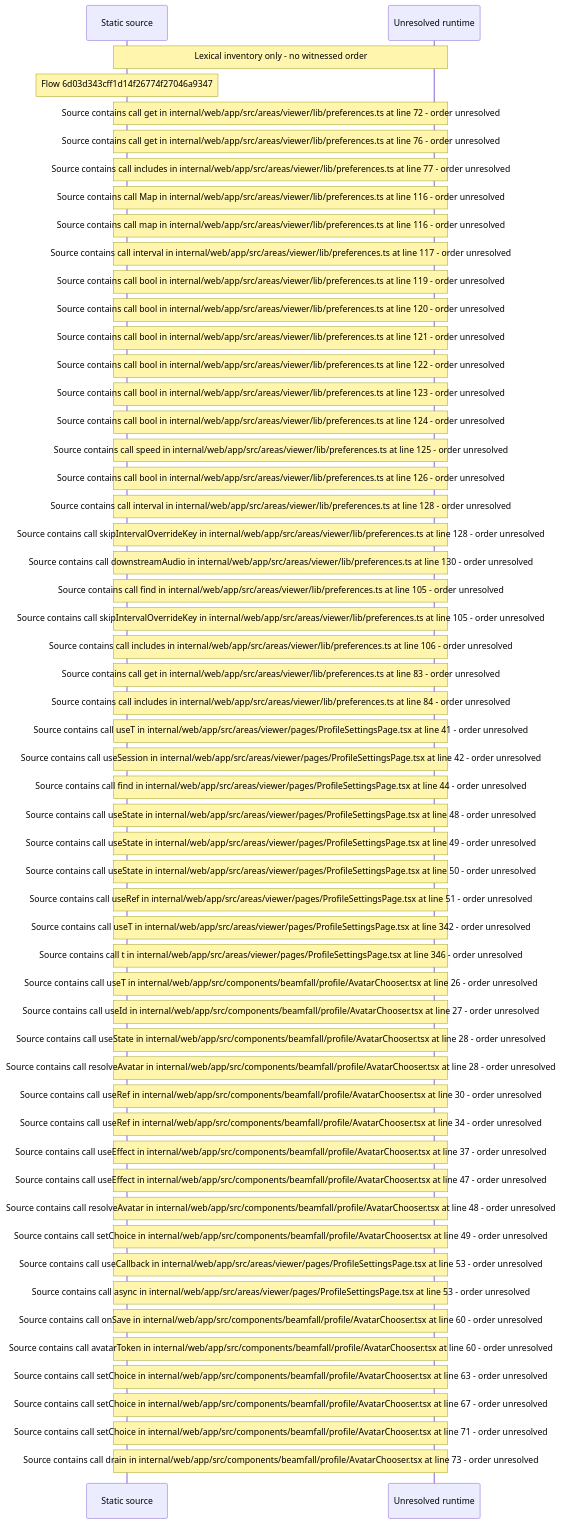
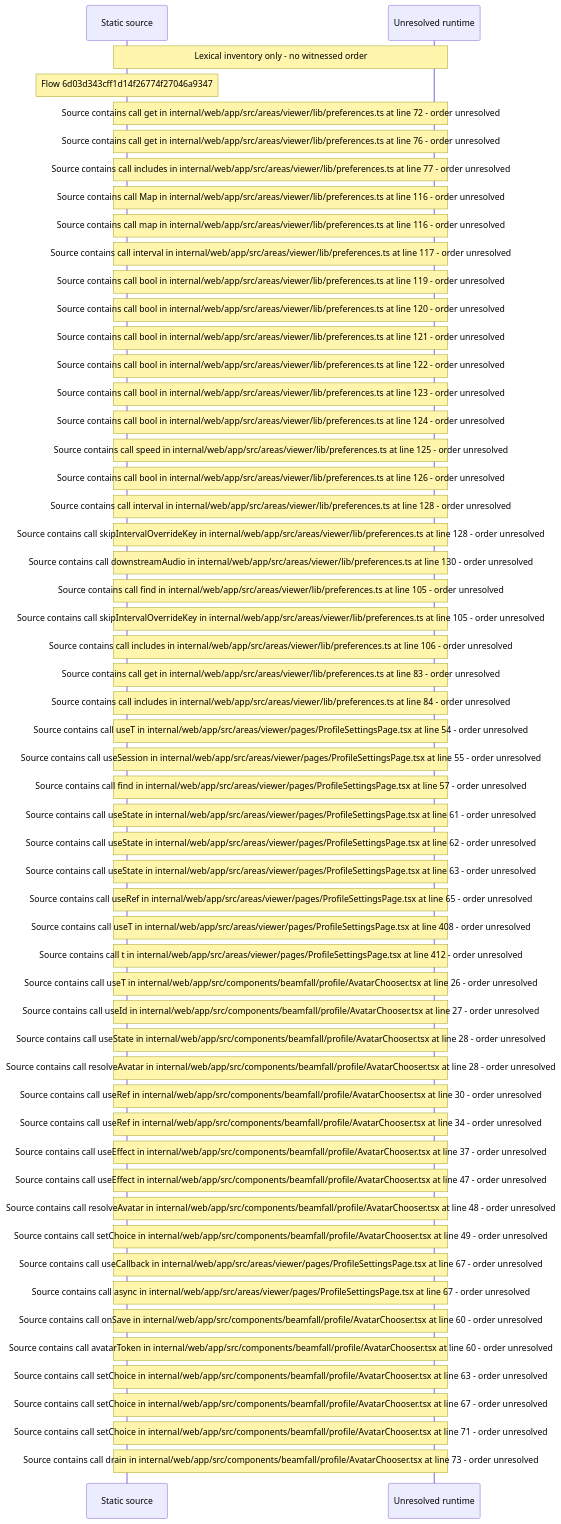
Before and after one commit to beamfall/core: the diagram in docs/web/flows/generated/6d03d343cff1d14f26774f27046a9347/flow-diagram.md, drawn with Mermaid. The commit also changed other lines of this file and 715 other files, not shown here.

First line of the commit message:
Regenerate the web flow record on main after CORE-1117

````diff
--- a/docs/web/flows/generated/6d03d343cff1d14f26774f27046a9347/flow-diagram.md
+++ b/docs/web/flows/generated/6d03d343cff1d14f26774f27046a9347/flow-diagram.md
@@ -10,56 +10,56 @@
 ```mermaid
 sequenceDiagram
     participant S as Static source
     participant U as Unresolved runtime
     Note over S,U: Lexical inventory only - no witnessed order
     Note over S: Flow 6d03d343cff1d14f26774f27046a9347
     Note over S,U: Source contains call get in internal/web/app/src/areas/viewer/lib/preferences.ts at line 72 - order unresolved
     Note over S,U: Source contains call get in internal/web/app/src/areas/viewer/lib/preferences.ts at line 76 - order unresolved
     Note over S,U: Source contains call includes in internal/web/app/src/areas/viewer/lib/preferences.ts at line 77 - order unresolved
     Note over S,U: Source contains call Map in internal/web/app/src/areas/viewer/lib/preferences.ts at line 116 - order unresolved
     Note over S,U: Source contains call map in internal/web/app/src/areas/viewer/lib/preferences.ts at line 116 - order unresolved
     Note over S,U: Source contains call interval in internal/web/app/src/areas/viewer/lib/preferences.ts at line 117 - order unresolved
     Note over S,U: Source contains call bool in internal/web/app/src/areas/viewer/lib/preferences.ts at line 119 - order unresolved
     Note over S,U: Source contains call bool in internal/web/app/src/areas/viewer/lib/preferences.ts at line 120 - order unresolved
     Note over S,U: Source contains call bool in internal/web/app/src/areas/viewer/lib/preferences.ts at line 121 - order unresolved
     Note over S,U: Source contains call bool in internal/web/app/src/areas/viewer/lib/preferences.ts at line 122 - order unresolved
     Note over S,U: Source contains call bool in internal/web/app/src/areas/viewer/lib/preferences.ts at line 123 - order unresolved
     Note over S,U: Source contains call bool in internal/web/app/src/areas/viewer/lib/preferences.ts at line 124 - order unresolved
     Note over S,U: Source contains call speed in internal/web/app/src/areas/viewer/lib/preferences.ts at line 125 - order unresolved
     Note over S,U: Source contains call bool in internal/web/app/src/areas/viewer/lib/preferences.ts at line 126 - order unresolved
     Note over S,U: Source contains call interval in internal/web/app/src/areas/viewer/lib/preferences.ts at line 128 - order unresolved
     Note over S,U: Source contains call skipIntervalOverrideKey in internal/web/app/src/areas/viewer/lib/preferences.ts at line 128 - order unresolved
     Note over S,U: Source contains call downstreamAudio in internal/web/app/src/areas/viewer/lib/preferences.ts at line 130 - order unresolved
     Note over S,U: Source contains call find in internal/web/app/src/areas/viewer/lib/preferences.ts at line 105 - order unresolved
     Note over S,U: Source contains call skipIntervalOverrideKey in internal/web/app/src/areas/viewer/lib/preferences.ts at line 105 - order unresolved
     Note over S,U: Source contains call includes in internal/web/app/src/areas/viewer/lib/preferences.ts at line 106 - order unresolved
     Note over S,U: Source contains call get in internal/web/app/src/areas/viewer/lib/preferences.ts at line 83 - order unresolved
     Note over S,U: Source contains call includes in internal/web/app/src/areas/viewer/lib/preferences.ts at line 84 - order unresolved
-    Note over S,U: Source contains call useT in internal/web/app/src/areas/viewer/pages/ProfileSettingsPage.tsx at line 41 - order unresolved
-    Note over S,U: Source contains call useSession in internal/web/app/src/areas/viewer/pages/ProfileSettingsPage.tsx at line 42 - order unresolved
-    Note over S,U: Source contains call find in internal/web/app/src/areas/viewer/pages/ProfileSettingsPage.tsx at line 44 - order unresolved
-    Note over S,U: Source contains call useState in internal/web/app/src/areas/viewer/pages/ProfileSettingsPage.tsx at line 48 - order unresolved
-    Note over S,U: Source contains call useState in internal/web/app/src/areas/viewer/pages/ProfileSettingsPage.tsx at line 49 - order unresolved
-    Note over S,U: Source contains call useState in internal/web/app/src/areas/viewer/pages/ProfileSettingsPage.tsx at line 50 - order unresolved
-    Note over S,U: Source contains call useRef in internal/web/app/src/areas/viewer/pages/ProfileSettingsPage.tsx at line 51 - order unresolved
-    Note over S,U: Source contains call useT in internal/web/app/src/areas/viewer/pages/ProfileSettingsPage.tsx at line 342 - order unresolved
-    Note over S,U: Source contains call t in internal/web/app/src/areas/viewer/pages/ProfileSettingsPage.tsx at line 346 - order unresolved
+    Note over S,U: Source contains call useT in internal/web/app/src/areas/viewer/pages/ProfileSettingsPage.tsx at line 54 - order unresolved
+    Note over S,U: Source contains call useSession in internal/web/app/src/areas/viewer/pages/ProfileSettingsPage.tsx at line 55 - order unresolved
+    Note over S,U: Source contains call find in internal/web/app/src/areas/viewer/pages/ProfileSettingsPage.tsx at line 57 - order unresolved
+    Note over S,U: Source contains call useState in internal/web/app/src/areas/viewer/pages/ProfileSettingsPage.tsx at line 61 - order unresolved
+    Note over S,U: Source contains call useState in internal/web/app/src/areas/viewer/pages/ProfileSettingsPage.tsx at line 62 - order unresolved
+    Note over S,U: Source contains call useState in internal/web/app/src/areas/viewer/pages/ProfileSettingsPage.tsx at line 63 - order unresolved
+    Note over S,U: Source contains call useRef in internal/web/app/src/areas/viewer/pages/ProfileSettingsPage.tsx at line 65 - order unresolved
+    Note over S,U: Source contains call useT in internal/web/app/src/areas/viewer/pages/ProfileSettingsPage.tsx at line 408 - order unresolved
+    Note over S,U: Source contains call t in internal/web/app/src/areas/viewer/pages/ProfileSettingsPage.tsx at line 412 - order unresolved
     Note over S,U: Source contains call useT in internal/web/app/src/components/beamfall/profile/AvatarChooser.tsx at line 26 - order unresolved
     Note over S,U: Source contains call useId in internal/web/app/src/components/beamfall/profile/AvatarChooser.tsx at line 27 - order unresolved
     Note over S,U: Source contains call useState in internal/web/app/src/components/beamfall/profile/AvatarChooser.tsx at line 28 - order unresolved
     Note over S,U: Source contains call resolveAvatar in internal/web/app/src/components/beamfall/profile/AvatarChooser.tsx at line 28 - order unresolved
     Note over S,U: Source contains call useRef in internal/web/app/src/components/beamfall/profile/AvatarChooser.tsx at line 30 - order unresolved
     Note over S,U: Source contains call useRef in internal/web/app/src/components/beamfall/profile/AvatarChooser.tsx at line 34 - order unresolved
     Note over S,U: Source contains call useEffect in internal/web/app/src/components/beamfall/profile/AvatarChooser.tsx at line 37 - order unresolved
     Note over S,U: Source contains call useEffect in internal/web/app/src/components/beamfall/profile/AvatarChooser.tsx at line 47 - order unresolved
     Note over S,U: Source contains call resolveAvatar in internal/web/app/src/components/beamfall/profile/AvatarChooser.tsx at line 48 - order unresolved
     Note over S,U: Source contains call setChoice in internal/web/app/src/components/beamfall/profile/AvatarChooser.tsx at line 49 - order unresolved
-    Note over S,U: Source contains call useCallback in internal/web/app/src/areas/viewer/pages/ProfileSettingsPage.tsx at line 53 - order unresolved
-    Note over S,U: Source contains call async in internal/web/app/src/areas/viewer/pages/ProfileSettingsPage.tsx at line 53 - order unresolved
+    Note over S,U: Source contains call useCallback in internal/web/app/src/areas/viewer/pages/ProfileSettingsPage.tsx at line 67 - order unresolved
+    Note over S,U: Source contains call async in internal/web/app/src/areas/viewer/pages/ProfileSettingsPage.tsx at line 67 - order unresolved
     Note over S,U: Source contains call onSave in internal/web/app/src/components/beamfall/profile/AvatarChooser.tsx at line 60 - order unresolved
     Note over S,U: Source contains call avatarToken in internal/web/app/src/components/beamfall/profile/AvatarChooser.tsx at line 60 - order unresolved
     Note over S,U: Source contains call setChoice in internal/web/app/src/components/beamfall/profile/AvatarChooser.tsx at line 63 - order unresolved
     Note over S,U: Source contains call setChoice in internal/web/app/src/components/beamfall/profile/AvatarChooser.tsx at line 67 - order unresolved
     Note over S,U: Source contains call setChoice in internal/web/app/src/components/beamfall/profile/AvatarChooser.tsx at line 71 - order unresolved
     Note over S,U: Source contains call drain in internal/web/app/src/components/beamfall/profile/AvatarChooser.tsx at line 73 - order unresolved
 ```
````
